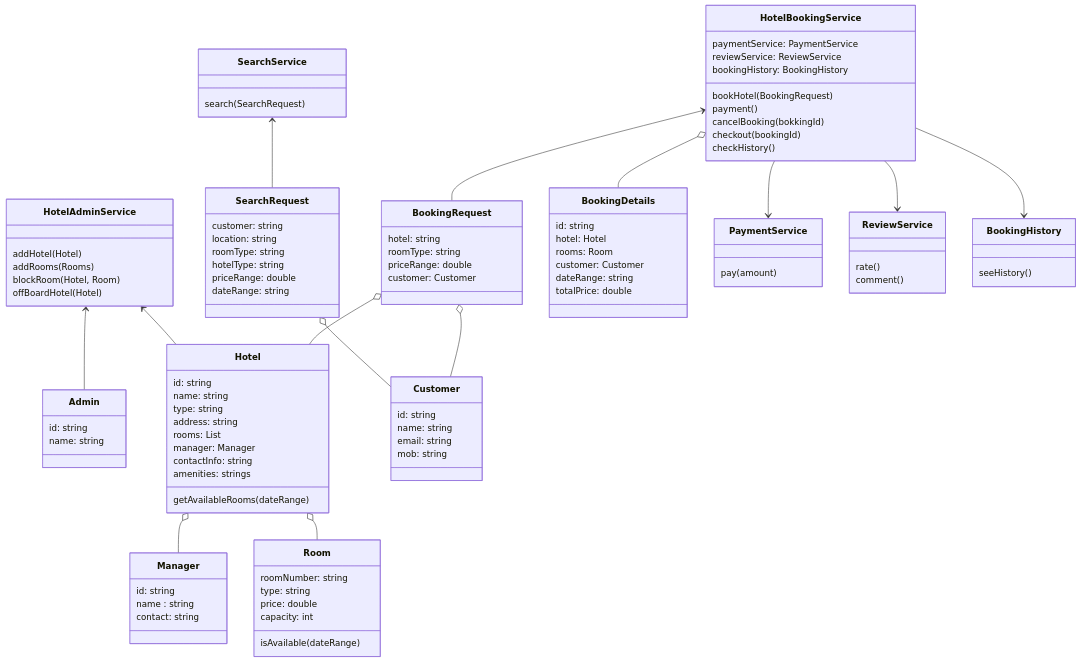
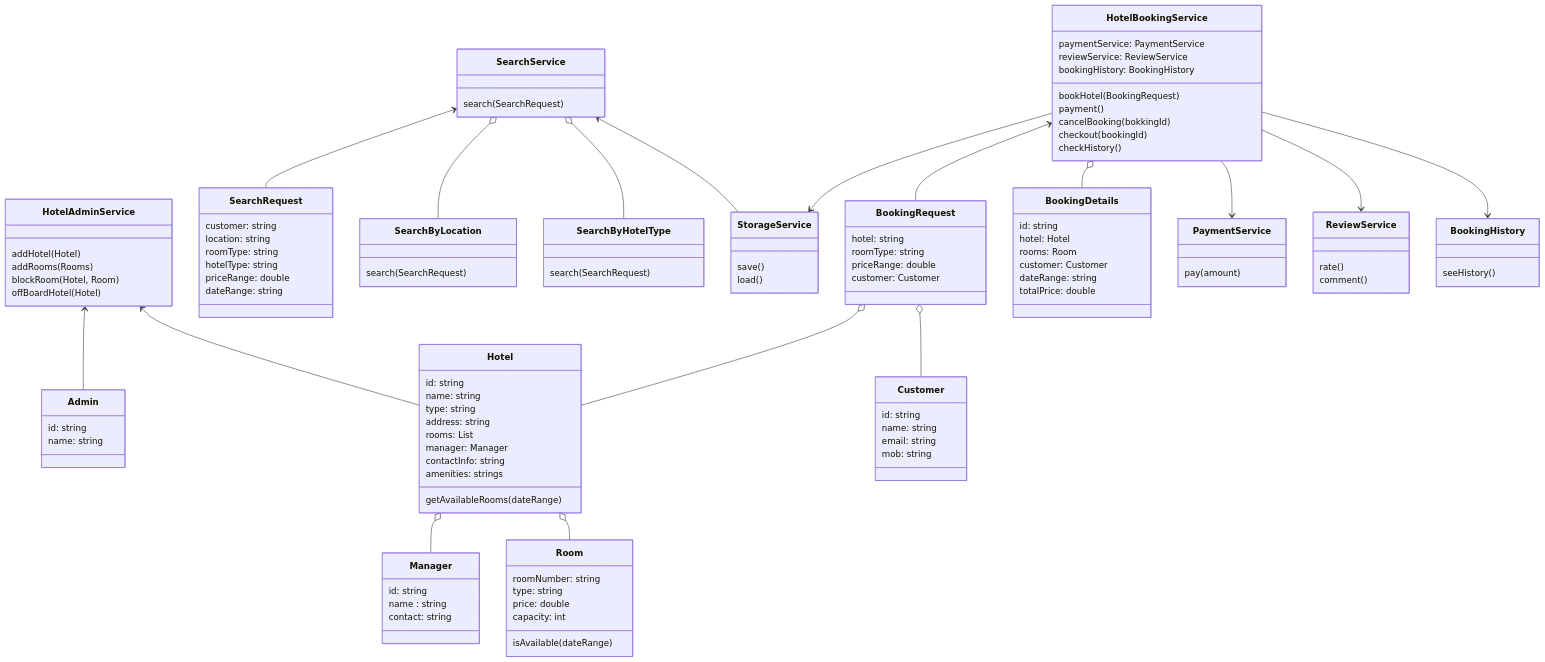
The diagram in hotel-booking-system/LLD.md (abusk/MyLLDs), drawn with Mermaid before and after one commit. The commit also changed other lines of this file, not shown here.

Commit message:
add design patterns

````diff
--- a/hotel-booking-system/LLD.md
+++ b/hotel-booking-system/LLD.md
@@ -77,6 +77,16 @@
 class SearchService { 
         search(SearchRequest)
 }
+class SearchByLocation {
+    search(SearchRequest)
+}
+class SearchByHotelType {
+    search(SearchRequest)
+}
+class StorageService {
+        save()
+        load()
+    }
 class BookingRequest { 
         hotel: string
         roomType: string
@@ -112,12 +122,15 @@
         seeHistory()
 }
 
+
         HotelAdminService <-- Admin
         Hotel o-- Manager
         Hotel o-- Room
         HotelAdminService  <-- Hotel
-        SearchRequest o-- Customer
         SearchService <-- SearchRequest
+        SearchService o-- SearchByLocation
+        SearchService o-- SearchByHotelType 
+        SearchService <-- StorageService
         BookingRequest o-- Customer
         BookingRequest o-- Hotel
         HotelBookingService <-- BookingRequest
@@ -125,5 +138,6 @@
         HotelBookingService --> PaymentService
         HotelBookingService --> ReviewService 
         HotelBookingService -->  BookingHistory 
+        HotelBookingService --> StorageService 
 
 ```
````
